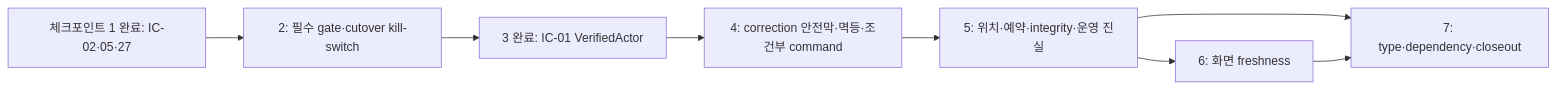
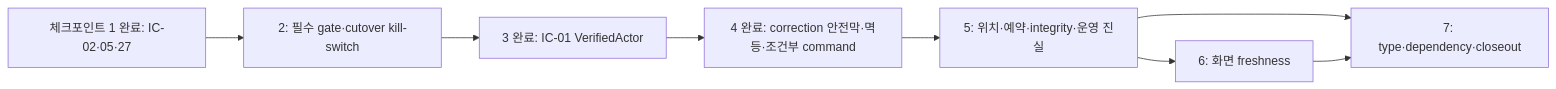
Before and after one commit to Hw-03/ERP: the third of 3 diagrams in _attic/docs/research/2026-08-13-full-code-quality-audit-and-improvement-plan.md, drawn with Mermaid. The commit also changed other lines of this file and 2 other files, not shown here.

````diff
--- a/_attic/docs/research/2026-08-13-full-code-quality-audit-and-improvement-plan.md
+++ b/_attic/docs/research/2026-08-13-full-code-quality-audit-and-improvement-plan.md
@@ -1252,10 +1255,10 @@
 ```mermaid
 flowchart LR
   C1["체크포인트 1 완료: IC-02·05·27"] --> C2["2: 필수 gate·cutover kill-switch"]
   C2 --> C3["3 완료: IC-01 VerifiedActor"]
-  C3 --> C4["4: correction 안전막·멱등·조건부 command"]
+  C3 --> C4["4 완료: correction 안전막·멱등·조건부 command"]
   C4 --> C5["5: 위치·예약·integrity·운영 진실"]
   C5 --> C6["6: 화면 freshness"]
   C5 --> C7["7: type·dependency·closeout"]
   C6 --> C7
 ```
````
